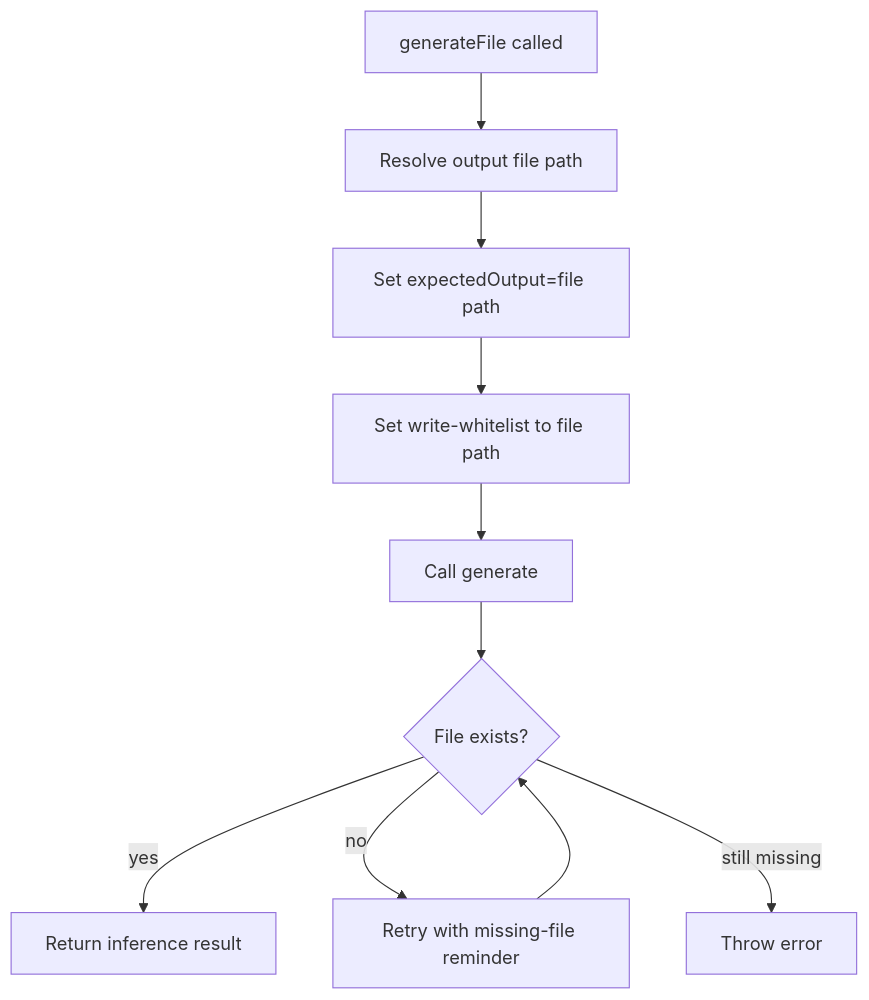
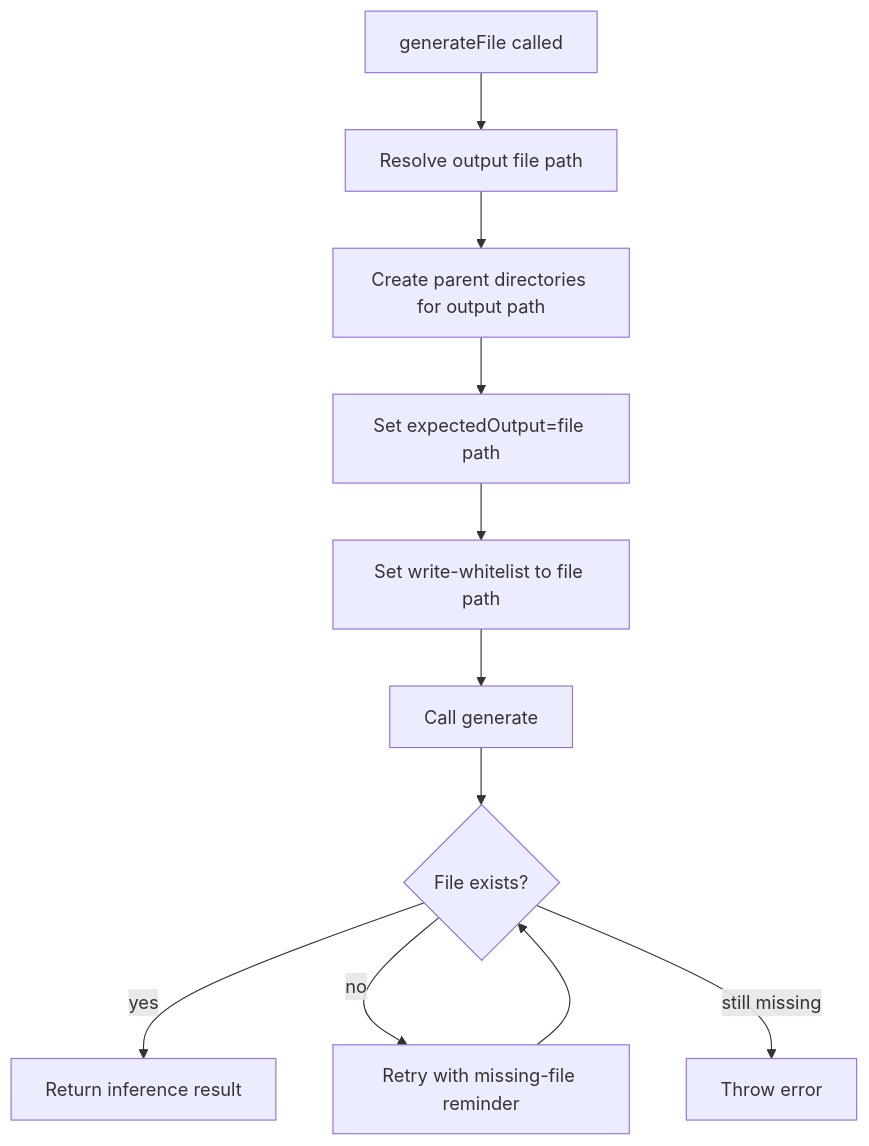
Before and after one commit to ex3ndr/holdmybeer: the diagram in doc/generate-file.md, drawn with Mermaid. The commit also changed other lines of this file and 2 other files, not shown here.

Commit message:
feat(ai): create parent directories for generated files

````diff
--- a/doc/generate-file.md
+++ b/doc/generate-file.md
@@ -7,12 +7,13 @@
 ```mermaid
 flowchart TD
   A[generateFile called] --> B[Resolve output file path]
-  B --> C[Set expectedOutput=file path]
-  C --> D[Set write-whitelist to file path]
-  D --> E[Call generate]
-  E --> F{File exists?}
-  F -->|yes| G[Return inference result]
-  F -->|no| H[Retry with missing-file reminder]
-  H --> F
-  F -->|still missing| I[Throw error]
+  B --> C[Create parent directories for output path]
+  C --> D[Set expectedOutput=file path]
+  D --> E[Set write-whitelist to file path]
+  E --> F[Call generate]
+  F --> G{File exists?}
+  G -->|yes| H[Return inference result]
+  G -->|no| I[Retry with missing-file reminder]
+  I --> G
+  G -->|still missing| J[Throw error]
 ```
````
